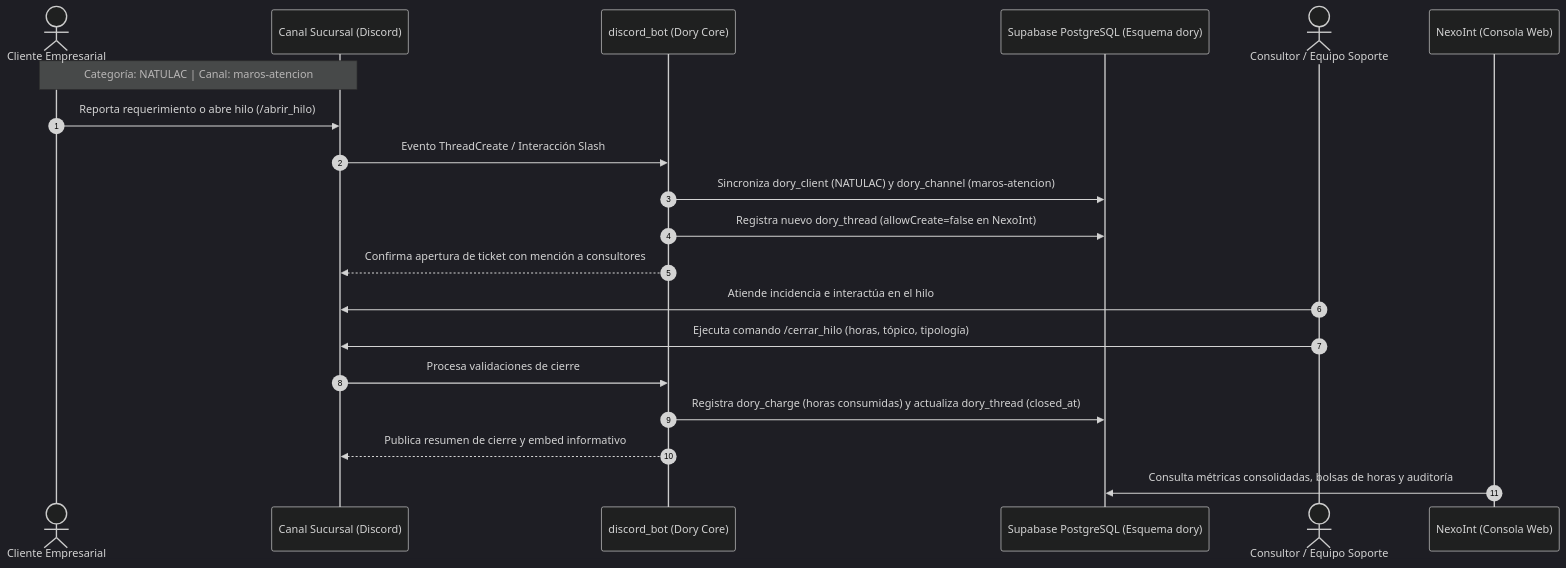
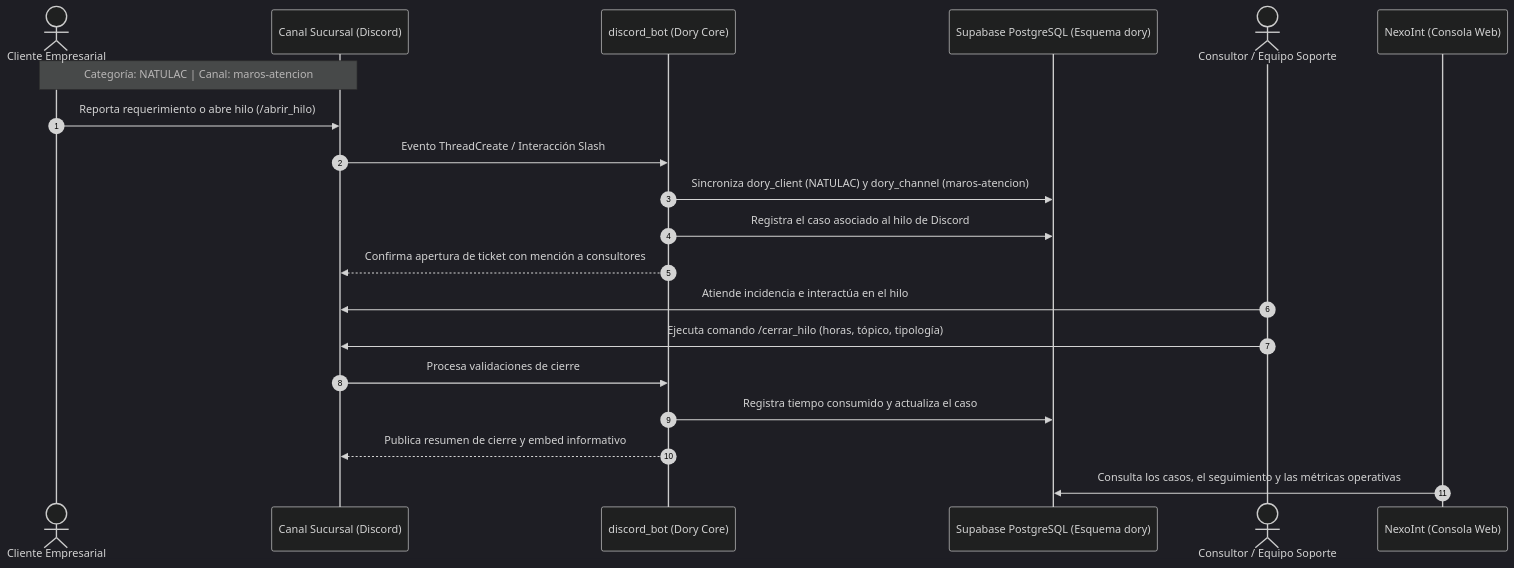
One commit to jesusalbujas/CONTROL-PST changed the second of 13 diagrams in docs/proyectos/pst-4-arquitectura.md. Above: the diagram before and after it, drawn with Mermaid (dark theme). The commit also changed other lines of this file and 9 other files, not shown here.

````diff
--- a/docs/proyectos/pst-4-arquitectura.md
+++ b/docs/proyectos/pst-4-arquitectura.md
@@ -131,23 +118,23 @@
 ```mermaid
 sequenceDiagram
     autonumber
     actor Cliente as Cliente Empresarial
     participant Discord as Canal Sucursal (Discord)
     participant Bot as discord_bot (Dory Core)
     participant DB as Supabase PostgreSQL (Esquema dory)
     actor Soporte as Consultor / Equipo Soporte
     participant Nexo as NexoInt (Consola Web)
 
     Note over Cliente,Discord: Categoría: NATULAC | Canal: maros-atencion
     Cliente->>Discord: Reporta requerimiento o abre hilo (/abrir_hilo)
     Discord->>Bot: Evento ThreadCreate / Interacción Slash
     Bot->>DB: Sincroniza dory_client (NATULAC) y dory_channel (maros-atencion)
-    Bot->>DB: Registra nuevo dory_thread (allowCreate=false en NexoInt)
+    Bot->>DB: Registra el caso asociado al hilo de Discord
     Bot-->>Discord: Confirma apertura de ticket con mención a consultores
     Soporte->>Discord: Atiende incidencia e interactúa en el hilo
     Soporte->>Discord: Ejecuta comando /cerrar_hilo (horas, tópico, tipología)
     Discord->>Bot: Procesa validaciones de cierre
-    Bot->>DB: Registra dory_charge (horas consumidas) y actualiza dory_thread (closed_at)
+    Bot->>DB: Registra tiempo consumido y actualiza el caso
     Bot-->>Discord: Publica resumen de cierre y embed informativo
-    Nexo->>DB: Consulta métricas consolidadas, bolsas de horas y auditoría
+    Nexo->>DB: Consulta los casos, el seguimiento y las métricas operativas
 ```
````
